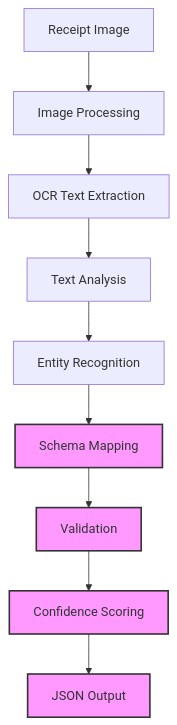
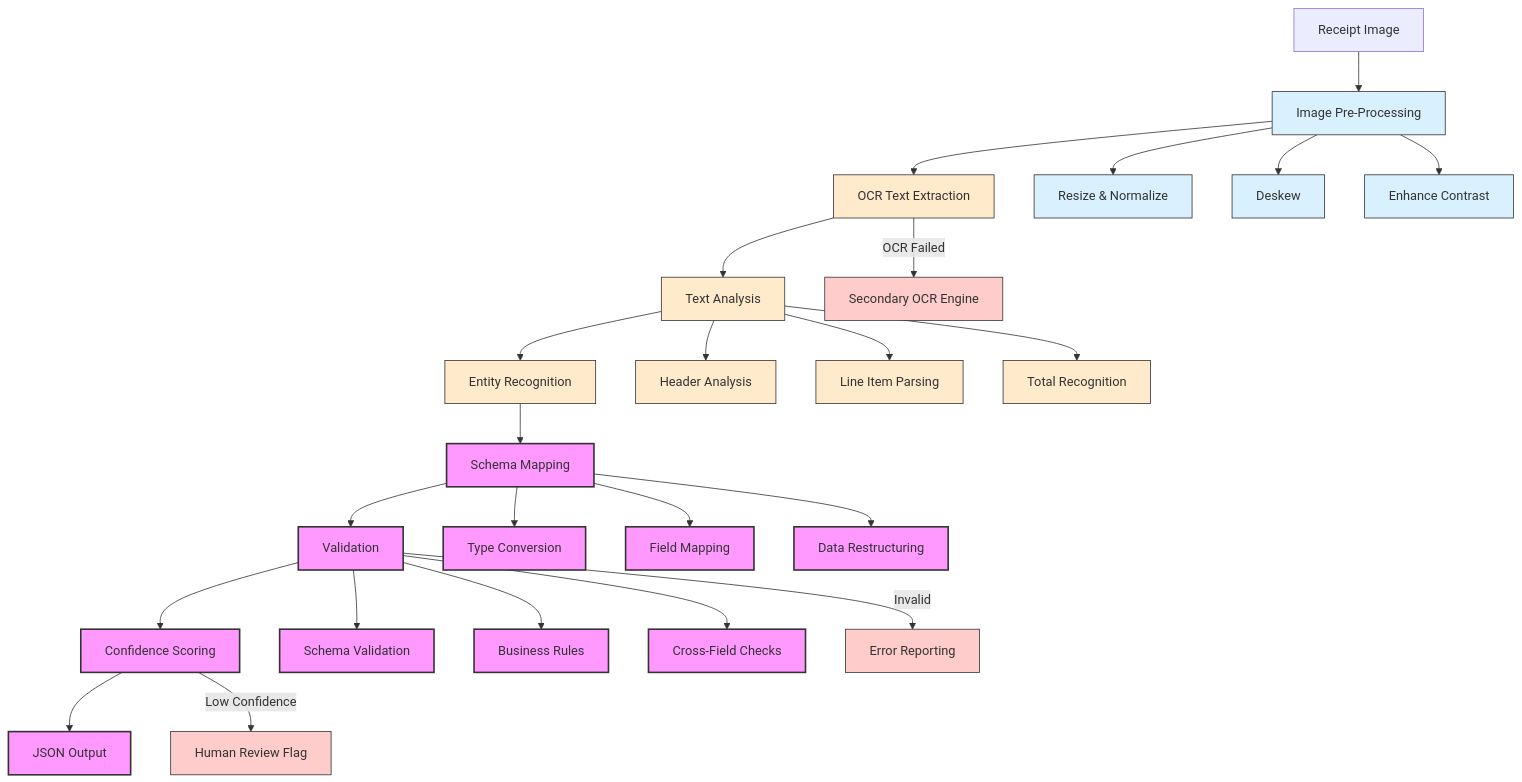
Before and after one commit to o2alexanderfedin/OCRChecksServer-demo: the second of 2 diagrams in docs/receipt-schema.md, drawn with Mermaid. The commit also changed other lines of this file, not shown here.

First line of the commit message:
docs: enhance receipt schema design documentation

````diff
--- a/docs/receipt-schema.md
+++ b/docs/receipt-schema.md
@@ -254,16 +293,45 @@
 ```mermaid
 graph TD
-    A[Receipt Image] --> B[Image Processing]
+    %% Main process flow
+    A[Receipt Image] --> B[Image Pre-Processing]
     B --> C[OCR Text Extraction]
     C --> D[Text Analysis]
     D --> E[Entity Recognition]
     E --> F[Schema Mapping]
     F --> G[Validation]
     G --> H[Confidence Scoring]
     H --> I[JSON Output]
     
-    style F fill:#f9f,stroke:#333,stroke-width:2px
-    style G fill:#f9f,stroke:#333,stroke-width:2px
-    style H fill:#f9f,stroke:#333,stroke-width:2px
-    style I fill:#f9f,stroke:#333,stroke-width:2px
+    %% Sub-processes
+    B --> B1[Resize & Normalize]
+    B --> B2[Deskew]
+    B --> B3[Enhance Contrast]
+    
+    D --> D1[Header Analysis]
+    D --> D2[Line Item Parsing]
+    D --> D3[Total Recognition]
+    
+    F --> F1[Type Conversion]
+    F --> F2[Field Mapping]
+    F --> F3[Data Restructuring]
+    
+    G --> G1[Schema Validation]
+    G --> G2[Business Rules]
+    G --> G3[Cross-Field Checks]
+    
+    %% Error handling and fallbacks
+    C -- OCR Failed --> C1[Secondary OCR Engine]
+    G -- Invalid --> G4[Error Reporting]
+    H -- Low Confidence --> H1[Human Review Flag]
+    
+    %% Styling
+    classDef preprocessing fill:#d9f0ff,stroke:#333,stroke-width:1px
+    classDef textProcessing fill:#ffebcc,stroke:#333,stroke-width:1px
+    classDef schemaProc fill:#f9f,stroke:#333,stroke-width:2px
+    classDef errorHandling fill:#ffcccc,stroke:#333,stroke-width:1px
+    
+    class B,B1,B2,B3 preprocessing
+    class C,D,D1,D2,D3,E textProcessing
+    class F,F1,F2,F3,G,G1,G2,G3,H,I schemaProc
+    class C1,G4,H1 errorHandling
 ```
````
